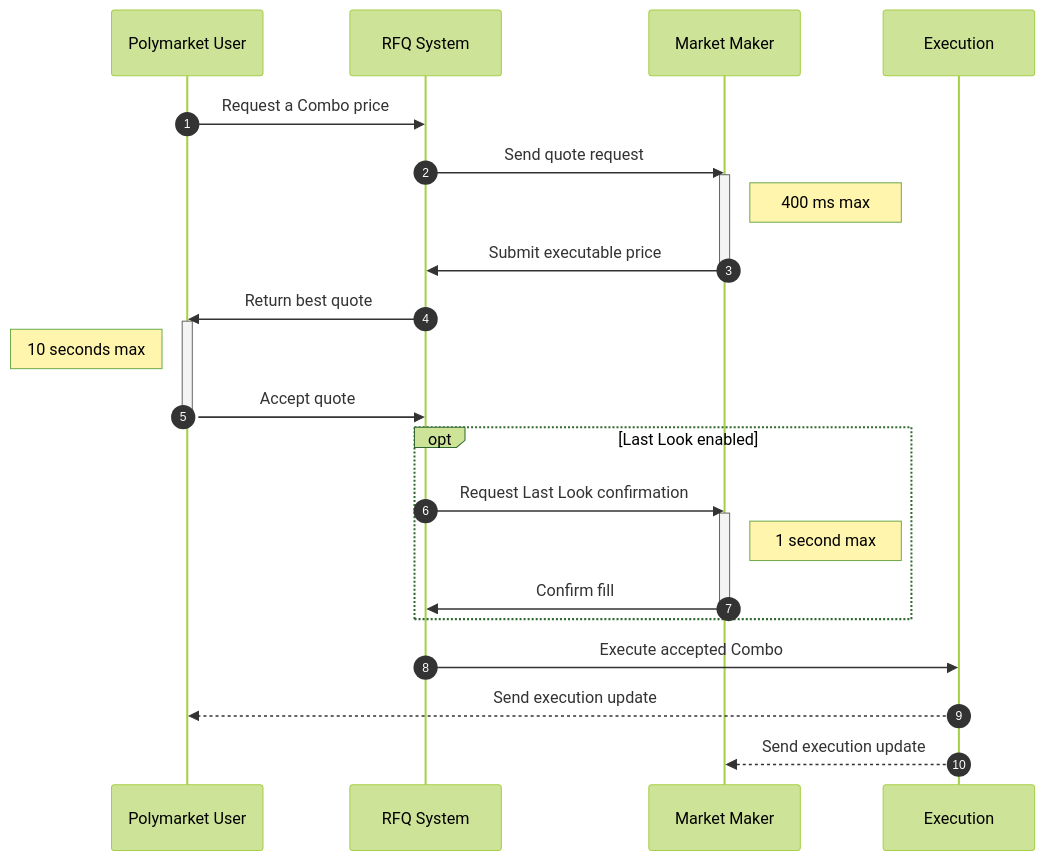
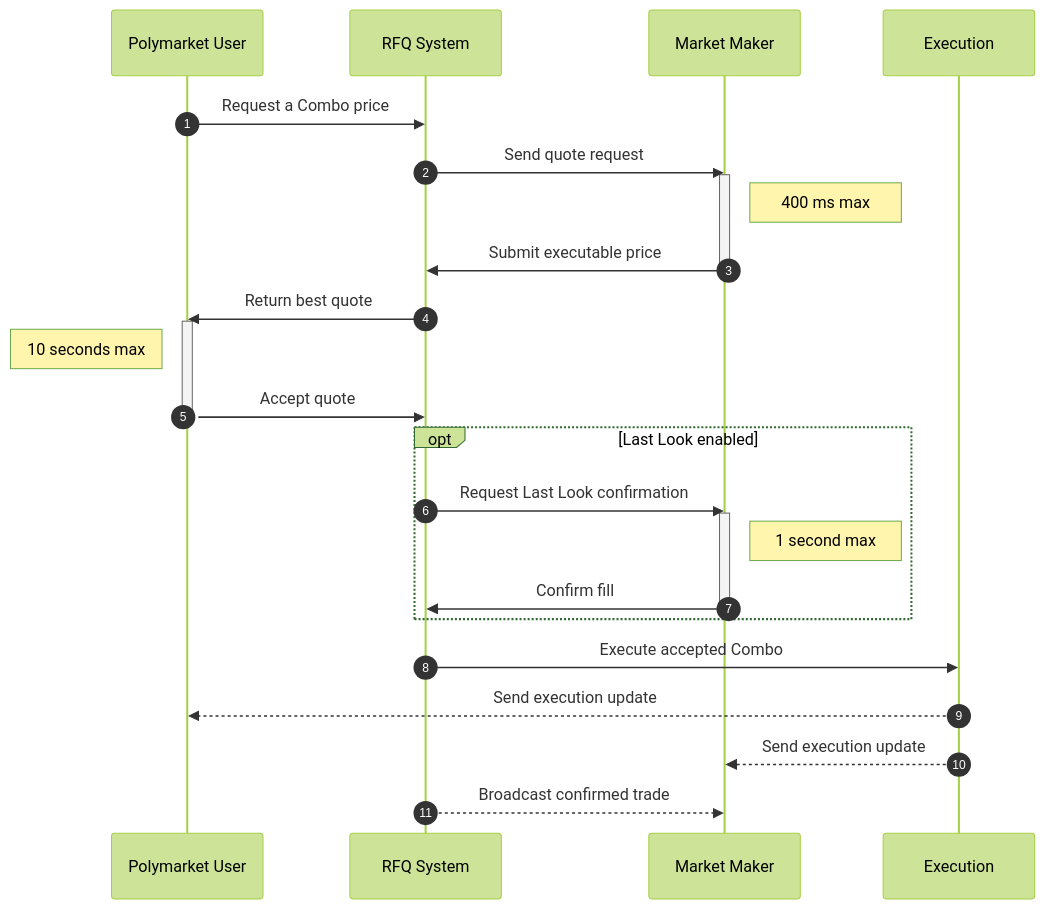
The first of 2 diagrams in docs/market-makers/combos.md (Etherdrake/PolymarketDocumentation), drawn with Mermaid (forest theme) before and after one commit. The commit also changed other lines of this file and 144 other files, not shown here.

````diff
--- a/docs/market-makers/combos.md
+++ b/docs/market-makers/combos.md
@@ -19,30 +19,31 @@
 ```mermaid theme={null}
 sequenceDiagram
     autonumber
     participant Requester as Polymarket User
     participant RFQ as RFQ System
     participant Quoter as Market Maker
     participant Execution as Execution
 
     Requester->>RFQ: Request a Combo price
     RFQ->>Quoter: Send quote request
     activate Quoter
     Note right of Quoter: 400 ms max
     Quoter->>RFQ: Submit executable price
     deactivate Quoter
     RFQ->>Requester: Return best quote
     activate Requester
     Note left of Requester: 10 seconds max
     Requester->>RFQ: Accept quote
     deactivate Requester
     opt Last Look enabled
         RFQ->>Quoter: Request Last Look confirmation
         activate Quoter
         Note right of Quoter: 1 second max
         Quoter->>RFQ: Confirm fill
         deactivate Quoter
     end
     RFQ->>Execution: Execute accepted Combo
     Execution-->>Requester: Send execution update
     Execution-->>Quoter: Send execution update
+    RFQ-->>Quoter: Broadcast confirmed trade
 ```
````
